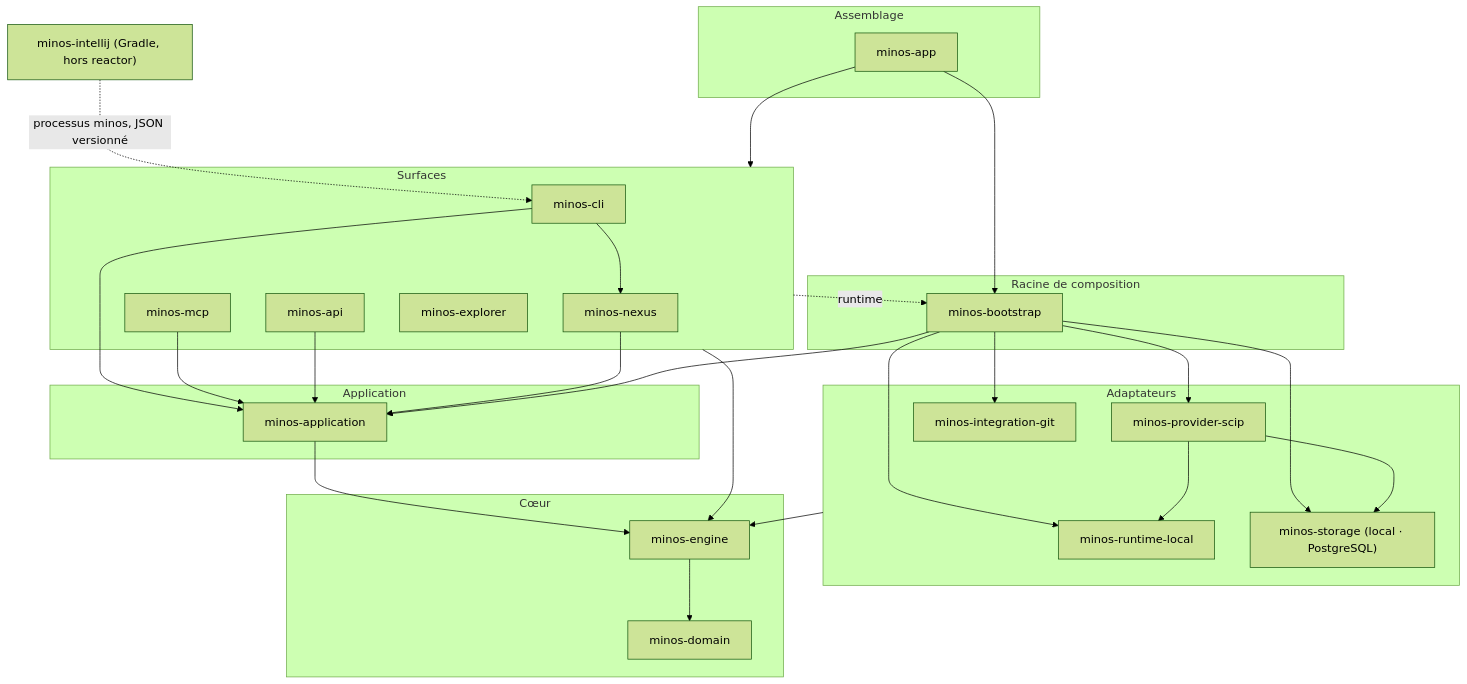
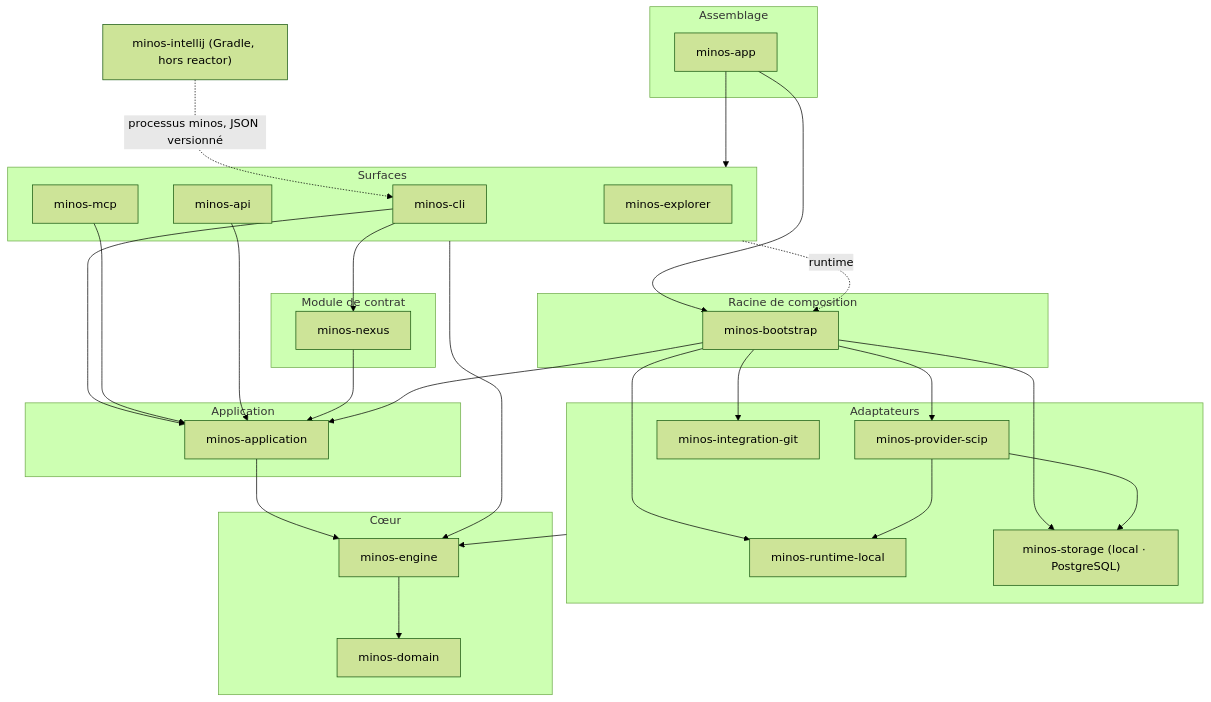
Before and after one commit to FTurleque/minos-code-intelligence: the diagram in docs/architecture/diagrams/application/component-modules-et-dependances.md, drawn with Mermaid (forest theme). The commit also changed other lines of this file and 13 other files, not shown here.

First line of the commit message:
refactor(architecture): reclasser minos-nexus en module de contrat

````diff
--- a/docs/architecture/diagrams/application/component-modules-et-dependances.md
+++ b/docs/architecture/diagrams/application/component-modules-et-dependances.md
@@ -5,51 +5,53 @@
 ```mermaid
 flowchart TB
     subgraph assemblage["Assemblage"]
         app["minos-app"]
     end
     subgraph surfaces["Surfaces"]
         cli["minos-cli"]
         mcp["minos-mcp"]
         api["minos-api"]
+        explorer["minos-explorer"]
+    end
+    subgraph contrat["Module de contrat"]
         nexus["minos-nexus"]
-        explorer["minos-explorer"]
     end
     subgraph composition["Racine de composition"]
         bootstrap["minos-bootstrap"]
     end
     subgraph applicatif["Application"]
         application["minos-application"]
     end
     subgraph adaptateurs["Adaptateurs"]
         scip["minos-provider-scip"]
         runtime["minos-runtime-local"]
         storage["minos-storage (local · PostgreSQL)"]
         git["minos-integration-git"]
     end
     subgraph coeur["Cœur"]
         engine["minos-engine"]
         domain["minos-domain"]
     end
     plugin["minos-intellij (Gradle, hors reactor)"]
 
     app --> surfaces
     app --> bootstrap
     cli --> nexus
     cli --> application
     mcp --> application
     api --> application
     nexus --> application
     surfaces -.->|"runtime"| bootstrap
     bootstrap --> application
     bootstrap --> scip
     bootstrap --> runtime
     bootstrap --> storage
     bootstrap --> git
     scip --> runtime
     scip --> storage
     application --> engine
     adaptateurs --> engine
     surfaces --> engine
     engine --> domain
     plugin -.->|"processus minos, JSON versionné"| cli
 ```
````
